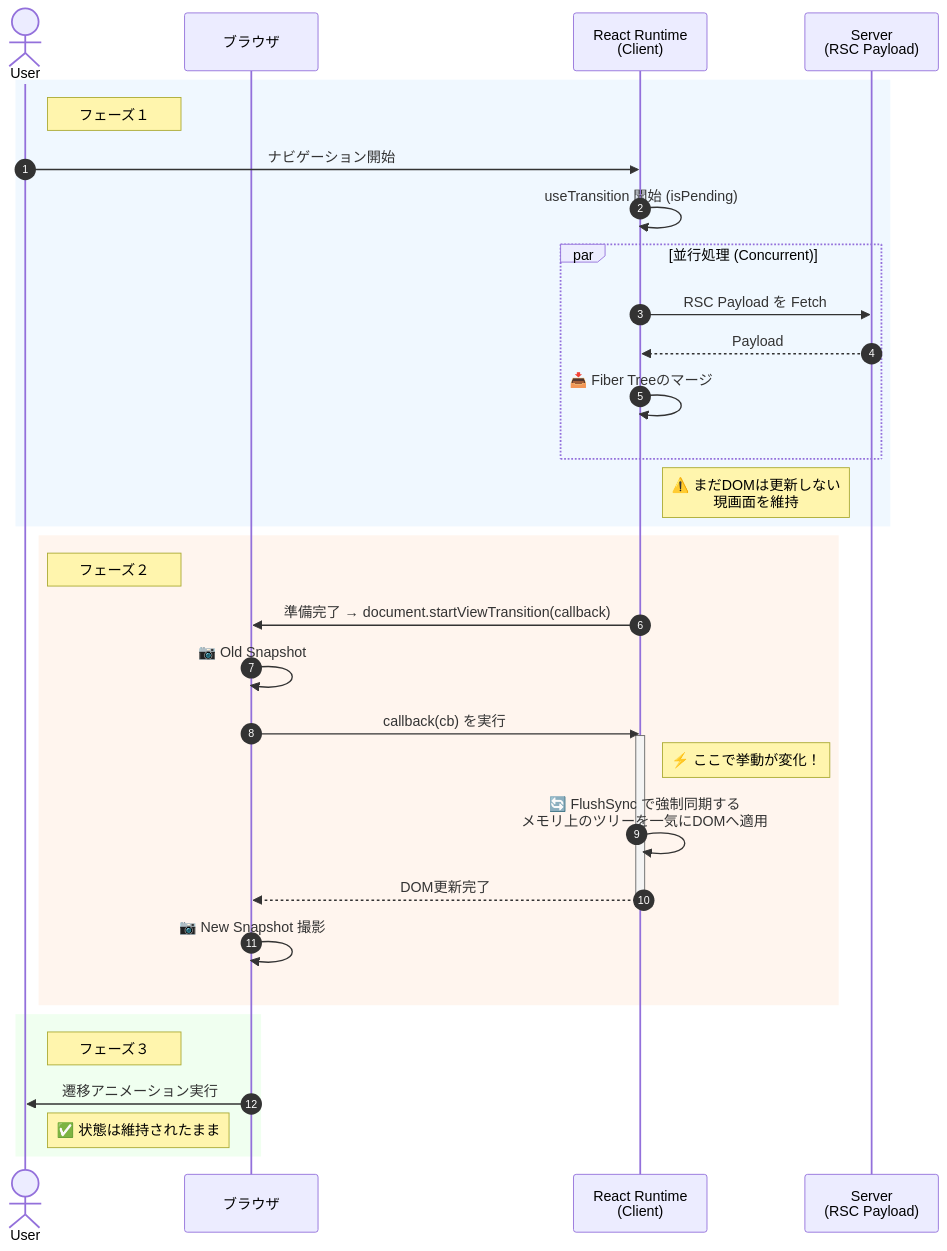
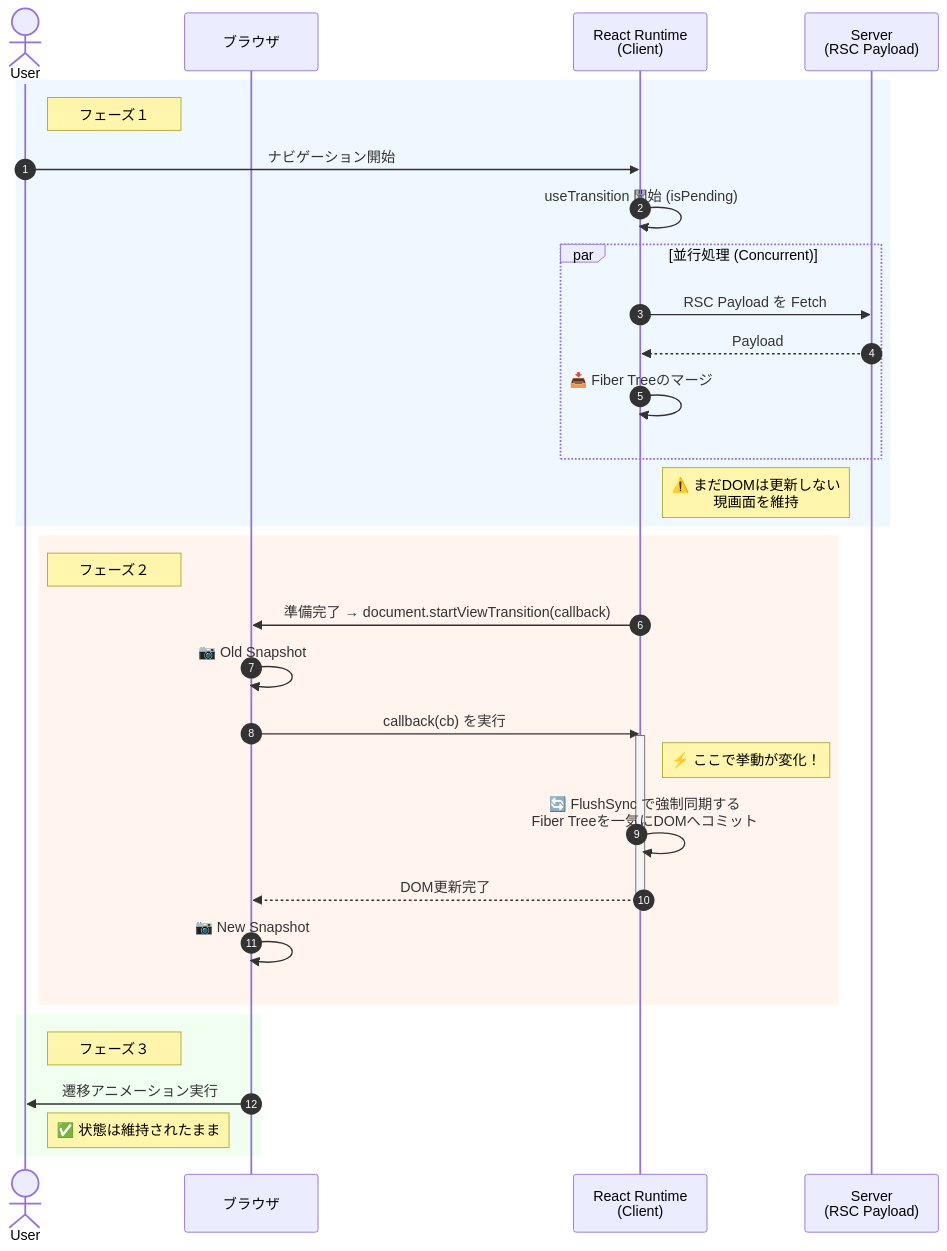
Before and after one commit to jp-knj/zenn: the diagram in articles/6f501784ee2811.md, drawn with Mermaid. The commit also changed other lines of this file, not shown here.

````diff
--- a/articles/6f501784ee2811.md
+++ b/articles/6f501784ee2811.md
@@ -123,44 +123,44 @@
 ```mermaid
 sequenceDiagram
     autonumber
     actor User
     participant Browser as ブラウザ
     participant React as React Runtime<br>(Client)
     participant Server as Server<br>(RSC Payload)
 
     rect rgb(240, 248, 255)
         note right of User: フェーズ１
         User->>React: ナビゲーション開始
         React->>React: useTransition 開始 (isPending)
 
         par 並行処理 (Concurrent)
             React->>Server: RSC Payload を Fetch
             Server-->>React: Payload
             React->>React: 📥 Fiber Treeのマージ
         end
 
         note right of React: ⚠️ まだDOMは更新しない<br>現画面を維持
     end
 
     rect rgb(255, 245, 238)
         note right of User: フェーズ２
         React->>Browser: 準備完了 → document.startViewTransition(callback)
 
         Browser->>Browser: 📷 Old Snapshot
 
         Browser->>React: callback(cb) を実行
         activate React
         note right of React: ⚡ ここで挙動が変化！
-        React->>React: 🔄 FlushSync で強制同期する<br>メモリ上のツリーを一気にDOMへ適用
+        React->>React: 🔄 FlushSync で強制同期する<br>Fiber Treeを一気にDOMへコミット
         React-->>Browser: DOM更新完了
         deactivate React
 
-        Browser->>Browser: 📷 New Snapshot 撮影
+        Browser->>Browser: 📷 New Snapshot
     end
 
     rect rgb(240, 255, 240)
         note right of User: フェーズ３
         Browser->>User: 遷移アニメーション実行
         note right of User: ✅ 状態は維持されたまま
     end
 ```
````
